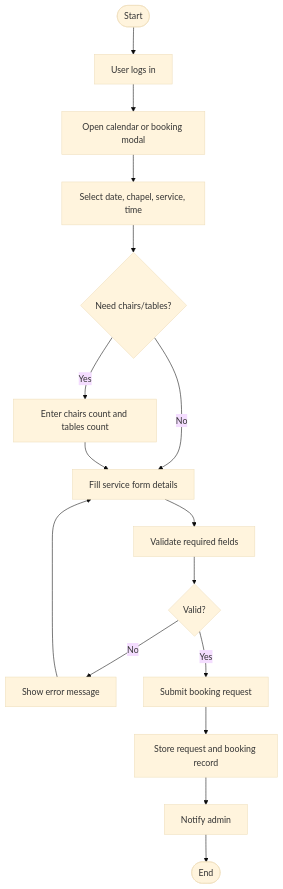
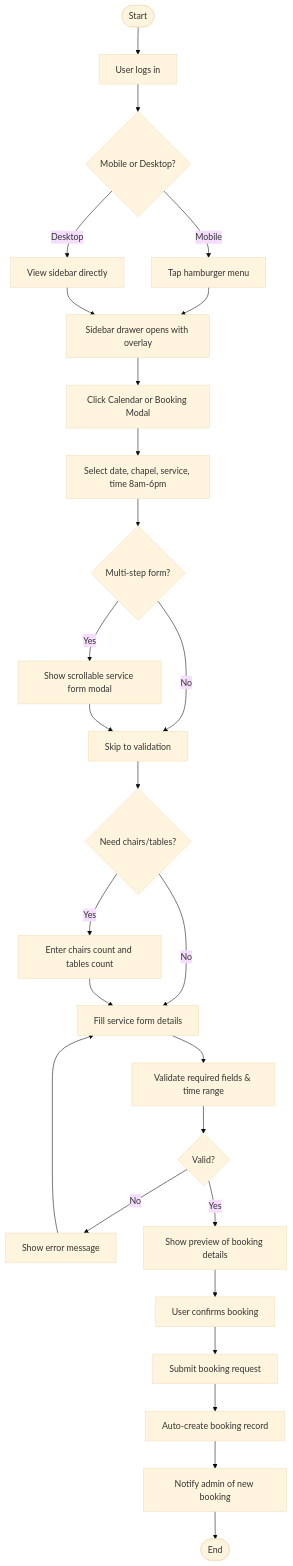
One commit to rcamarig-boop/church-booking-system changed the second of 7 diagrams in PROJECT_DIAGRAMS.md. Above: the diagram before and after it, drawn with Mermaid (base theme). The commit also changed other lines of this file, not shown here.

Commit message:
doc: Update PROJECT_DIAGRAMS with responsive design, auto-booking workflow, and mobile patterns

````diff
--- a/PROJECT_DIAGRAMS.md
+++ b/PROJECT_DIAGRAMS.md
@@ -57,18 +57,29 @@
 ```mermaid
 flowchart TD
   A([Start]) --> B[User logs in]
-  B --> C[Open calendar or booking modal]
-  C --> D[Select date, chapel, service, time]
-  D --> E{Need chairs/tables?}
-  E -->|Yes| F[Enter chairs count and tables count]
-  E -->|No| G[Fill service form details]
-  F --> G
-  G --> H[Validate required fields]
-  H --> I{Valid?}
-  I -->|No| J[Show error message]
-  J --> G
-  I -->|Yes| K[Submit booking request]
-  K --> L[Store request and booking record]
-  L --> M[Notify admin]
-  M --> N([End])
+  B --> C{Mobile or Desktop?}
+  C -->|Mobile| D[Tap hamburger menu]
+  C -->|Desktop| E[View sidebar directly]
+  D --> F[Sidebar drawer opens with overlay]
+  E --> F
+  F --> G[Click Calendar or Booking Modal]
+  G --> H[Select date, chapel, service, time 8am-6pm]
+  H --> I{Multi-step form?}
+  I -->|Yes| J[Show scrollable service form modal]
+  I -->|No| K[Skip to validation]
+  J --> K
+  K --> L{Need chairs/tables?}
+  L -->|Yes| M[Enter chairs count and tables count]
+  L -->|No| N[Fill service form details]
+  M --> N
+  N --> O[Validate required fields & time range]
+  O --> P{Valid?}
+  P -->|No| Q[Show error message]
+  Q --> N
+  P -->|Yes| R[Show preview of booking details]
+  R --> S[User confirms booking]
+  S --> T[Submit booking request]
+  T --> U[Auto-create booking record]
+  U --> V[Notify admin of new booking]
+  V --> W([End])
 ```
````
